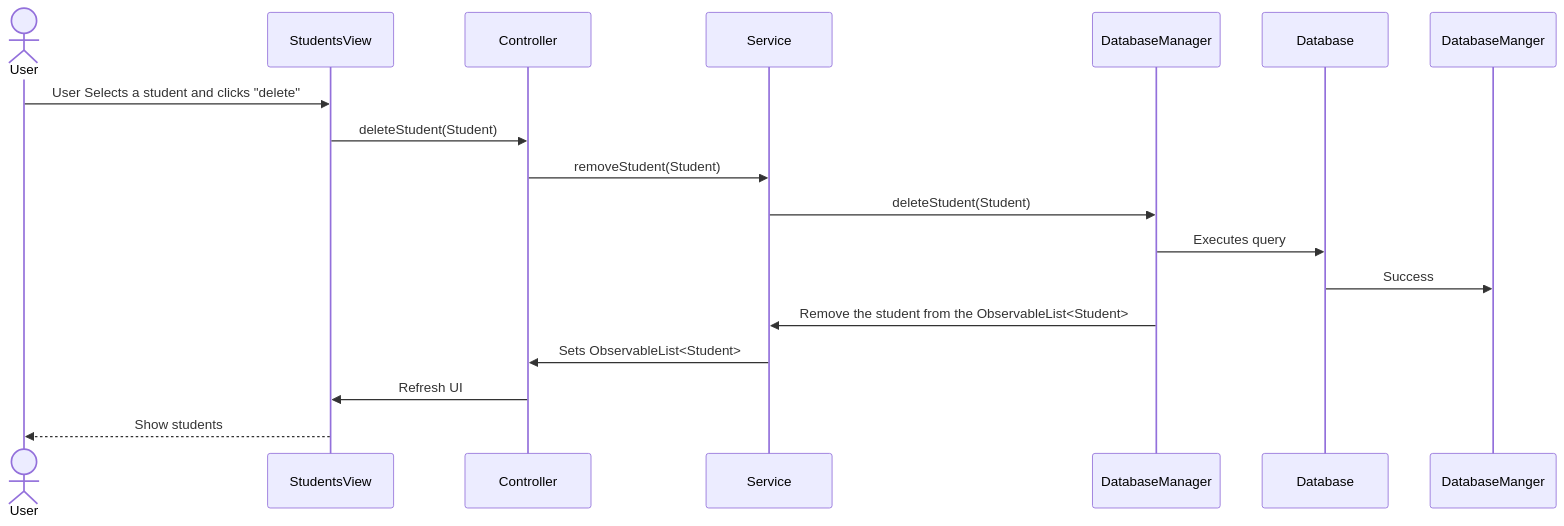
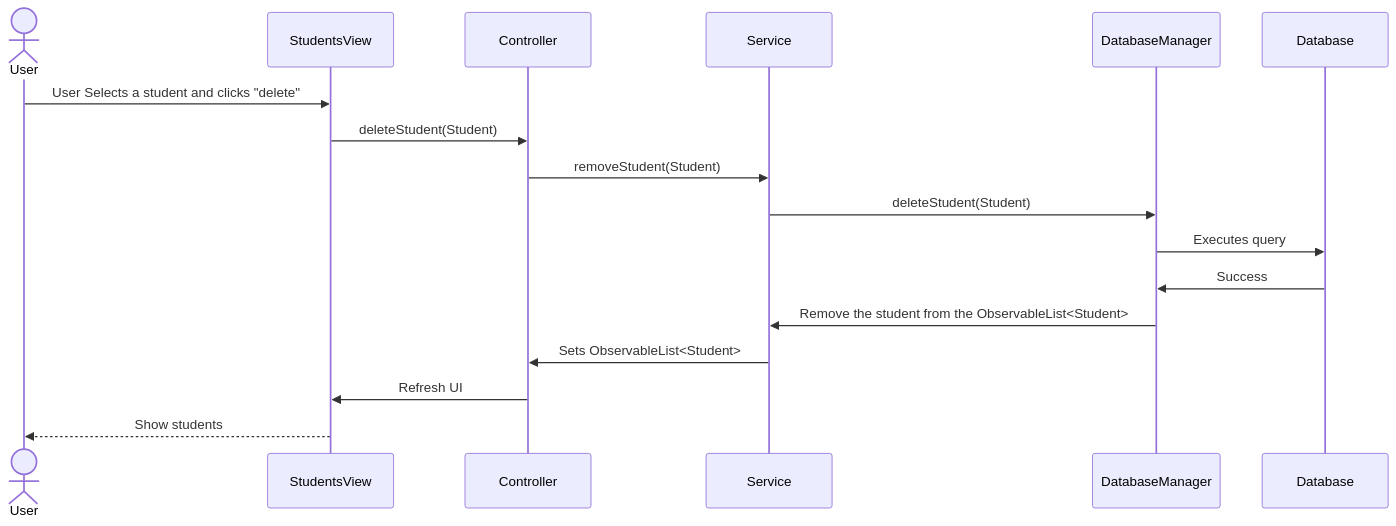
The fourth of 10 diagrams in README.md (Darth-218/Student-Grading-System), drawn with Mermaid before and after one commit. The commit also changed other lines of this file, not shown here.

````diff
--- a/README.md
+++ b/README.md
@@ -165,20 +155,15 @@
 ```mermaid
 sequenceDiagram
     actor User
-    participant StudentsView
-    participant Controller
-    participant Service
-    participant DatabaseManager
-    participant Database
 
     User->>StudentsView: User Selects a student and clicks "delete"
     StudentsView->>Controller: deleteStudent(Student)
     Controller->>Service: removeStudent(Student)
     Service->>DatabaseManager: deleteStudent(Student)
     DatabaseManager->>Database: Executes query 
-    Database->>DatabaseManger: Success
+    Database->>DatabaseManager: Success
     DatabaseManager->>Service: Remove the student from the ObservableList<Student>
     Service->>Controller: Sets ObservableList<Student>
     Controller->>StudentsView: Refresh UI
     StudentsView-->>User: Show students
 ```
````
